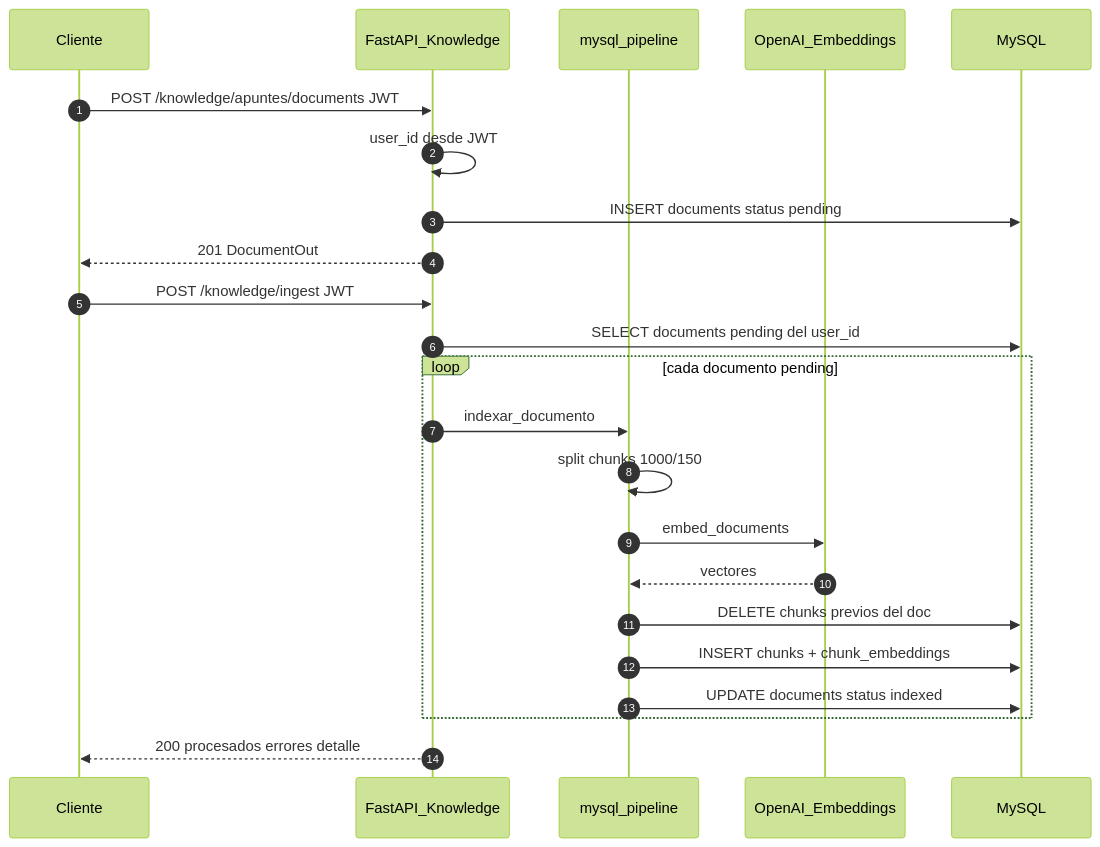
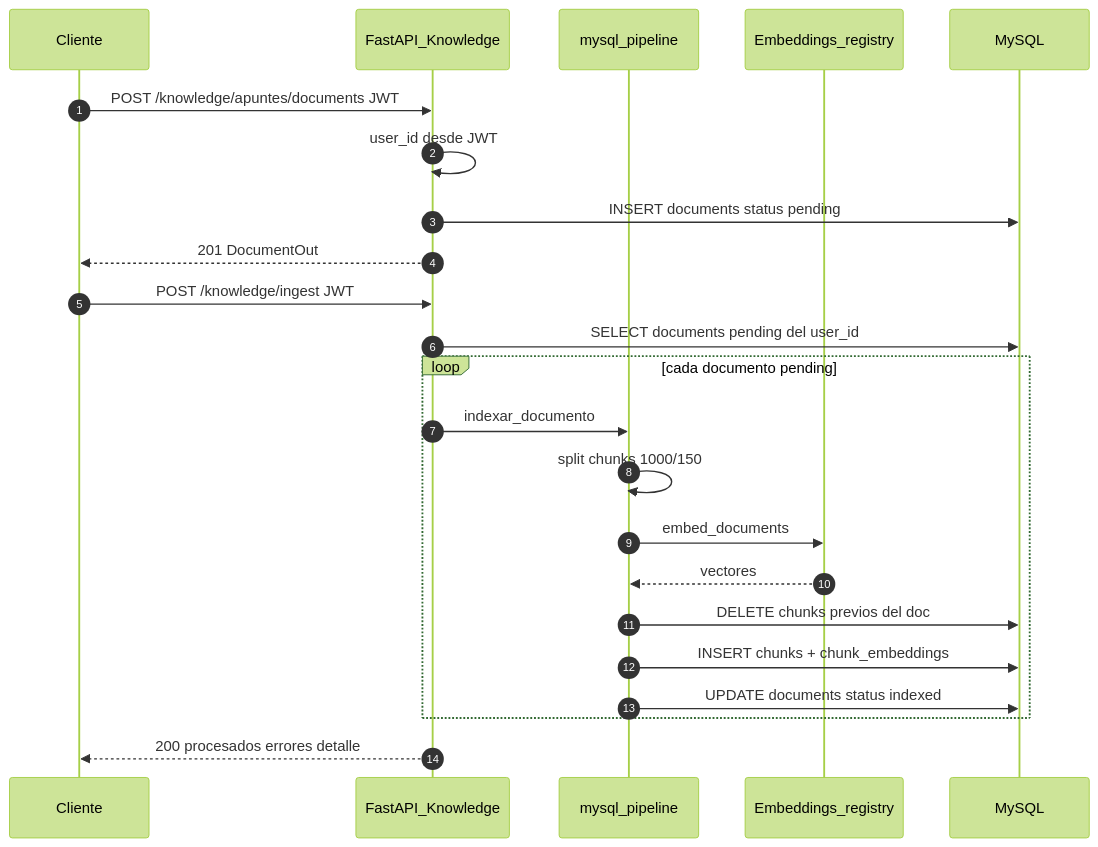
The second of 6 diagrams in docs/diagramas-secuencia.md (DavidLeonP/Orquestacion-Agentes), drawn with Mermaid (forest theme) before and after one commit. The commit also changed other lines of this file and 9 other files, not shown here.

First line of the commit message:
Update docs: JWT API, Streamlit UI, MySQL KB architecture

````diff
--- a/docs/diagramas-secuencia.md
+++ b/docs/diagramas-secuencia.md
@@ -43,27 +46,27 @@
 ```mermaid
 sequenceDiagram
     autonumber
     participant C as Cliente
     participant API as FastAPI_Knowledge
     participant Pipe as mysql_pipeline
-    participant Emb as OpenAI_Embeddings
+    participant Emb as Embeddings_registry
     participant DB as MySQL
 
     C->>API: POST /knowledge/apuntes/documents JWT
     API->>API: user_id desde JWT
     API->>DB: INSERT documents status pending
     API-->>C: 201 DocumentOut
 
     C->>API: POST /knowledge/ingest JWT
     API->>DB: SELECT documents pending del user_id
     loop cada documento pending
         API->>Pipe: indexar_documento
         Pipe->>Pipe: split chunks 1000/150
         Pipe->>Emb: embed_documents
         Emb-->>Pipe: vectores
         Pipe->>DB: DELETE chunks previos del doc
         Pipe->>DB: INSERT chunks + chunk_embeddings
         Pipe->>DB: UPDATE documents status indexed
     end
     API-->>C: 200 procesados errores detalle
 ```
````
